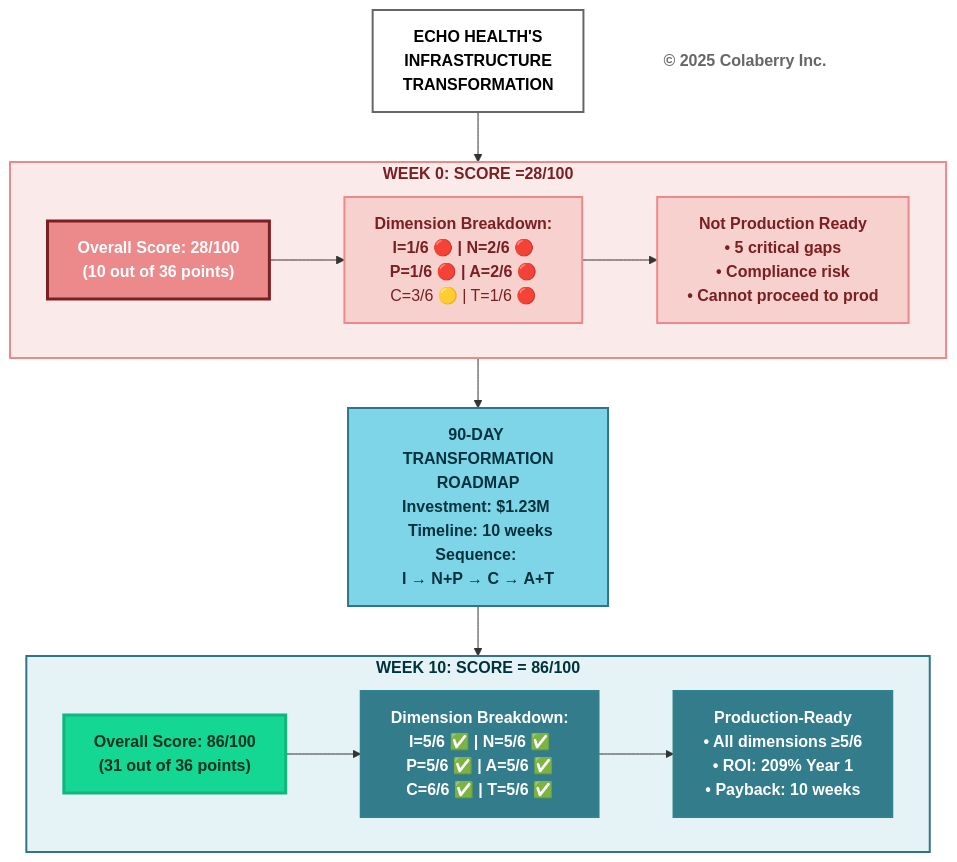
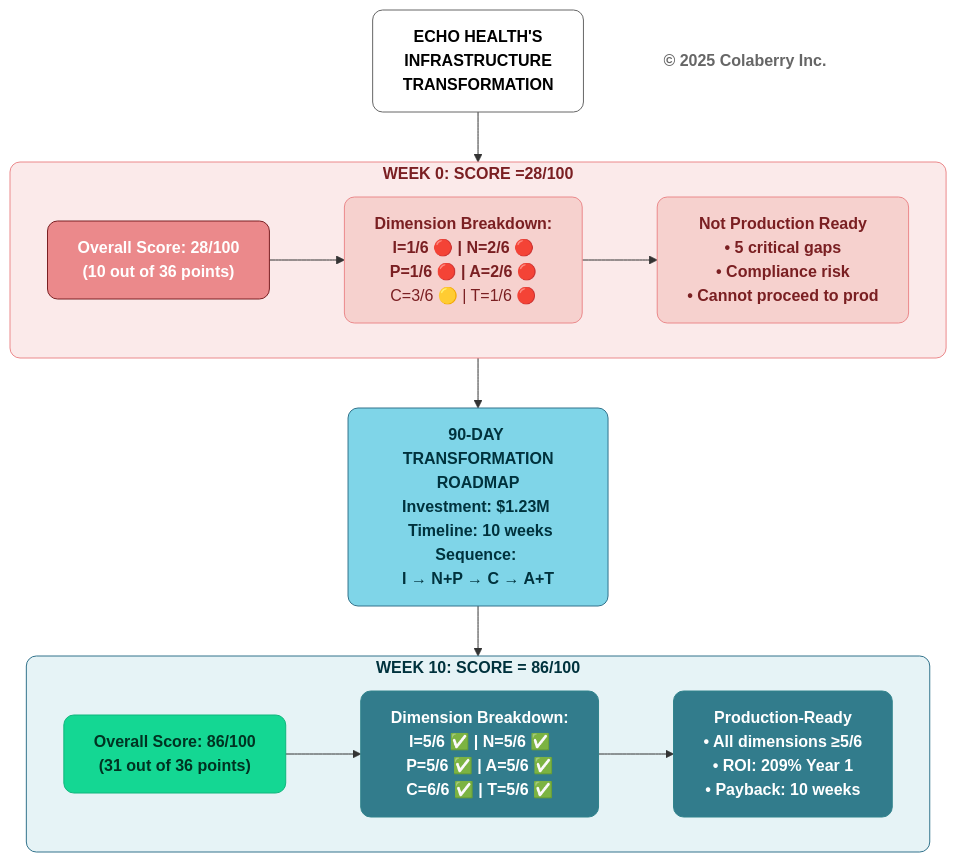
One commit to colaberry/trust-before-intelligence-book changed the sixth of 12 diagrams in manuscript/03_chapter_2_inpact_framework.md. Above: the diagram before and after it, drawn with Mermaid. The commit also changed other lines of this file and 12 other files, not shown here.

````diff
--- a/manuscript/03_chapter_2_inpact_framework.md
+++ b/manuscript/03_chapter_2_inpact_framework.md
@@ -361,51 +361,51 @@
 ```mermaid
 graph TB
     TITLE["<b>ECHO HEALTH'S<br/>INFRASTRUCTURE<br/>TRANSFORMATION</b>"]
     
     TITLE --> BEFORE
     
     subgraph BEFORE["<b>WEEK 0: SCORE =28/100</b>"]
         B_SCORE["<b>Overall Score: 28/100</b><br/><b>(10 out of 36 points)</b>"]
         
         B_DIMS["<b>Dimension Breakdown:</b><br/><b>I=1/6 🔴 | N=2/6 🔴 </b><br/><b>P=1/6 🔴 | A=2/6 🔴</b><br/> C=3/6 🟡 | T=1/6 🔴</b>"]
         
         B_STATUS["<b>Not Production Ready</b><br/><b>• 5 critical gaps </b><br/><b>• Compliance risk</b><br/><b>• Cannot proceed to prod</b>"]
         
         B_SCORE --> B_DIMS
         B_DIMS --> B_STATUS
     end
     
     BEFORE --> TRANSFORM["<b>90-DAY TRANSFORMATION<br/>ROADMAP</b><br/><b>Investment: $1.23M </b><br/><b> Timeline: 10 weeks</b><br/><b>Sequence: </b><br/><b>I → N+P → C → A+T</b>"]
     
     TRANSFORM --> AFTER
     
     subgraph AFTER["<b>WEEK 10: SCORE = 86/100</b>"]
         A_SCORE["<b>Overall Score: 86/100</b><br/><b>(31 out of 36 points)</b>"]
         
         A_DIMS["<b>Dimension Breakdown:</b><br/><b>I=5/6 ✅ | N=5/6 ✅ </b><br/><b> P=5/6 ✅ | A=5/6 ✅</b><br/><b>C=6/6 ✅ | T=5/6 ✅</b>"]
         
 A_STATUS["<b>Production-Ready</b><br/><b>• All dimensions ≥5/6 </b><br/><b>• ROI: 209% Year 1 </b><br/><b>• Payback: 10 weeks</b>"]
         
         A_SCORE --> A_DIMS
         A_DIMS --> A_STATUS
     end
     
     COPYRIGHT["<b>© 2025 Colaberry Inc.</b>"]
 
-    style TITLE fill:#ffffff,stroke:#666666,stroke-width:2px,color:#000000
+    style TITLE fill:#ffffff,stroke:#666666,stroke-width:1px,color:#000000,rx:10,ry:10
 
     %% BEFORE — Problems / Failures (Coral)
-    style BEFORE fill:#FBEAEA,stroke:#EB898B,stroke-width:2px,color:#7A1F22
-    style B_SCORE fill:#EB898B,color:#ffffff,stroke:#7A1F22,stroke-width:3px
-    style B_DIMS fill:#F6D1CE,stroke:#EB898B,stroke-width:2px,color:#7A1F22
-    style B_STATUS fill:#F6D1CE,stroke:#EB898B,stroke-width:2px,color:#7A1F22
+    style BEFORE fill:#FBEAEA,stroke:#EB898B,stroke-width:1px,color:#7A1F22,rx:10,ry:10
+    style B_SCORE fill:#EB898B,color:#ffffff,stroke:#7A1F22,stroke-width:1px,rx:10,ry:10
+    style B_DIMS fill:#F6D1CE,stroke:#EB898B,stroke-width:1px,color:#7A1F22,rx:10,ry:10
+    style B_STATUS fill:#F6D1CE,stroke:#EB898B,stroke-width:1px,color:#7A1F22,rx:10,ry:10
 
-    style TRANSFORM fill:#7FD5E8,stroke:#32738C,stroke-width:2px,color:#00323D
+    style TRANSFORM fill:#7FD5E8,stroke:#32738C,stroke-width:1px,color:#00323D,rx:10,ry:10
 
-    style AFTER fill:#E6F3F6,stroke:#32738C,stroke-width:2px,color:#00323D
-    style A_SCORE fill:#14D793,color:#003322,stroke:#0FB67D,stroke-width:3px
-    style A_DIMS fill:#327C8C,stroke:#30838C,stroke-width:2px,color:#ffffff
-    style A_STATUS fill:#327C8C,stroke:#30838C,stroke-width:2px,color:#ffffff
+    style AFTER fill:#E6F3F6,stroke:#32738C,stroke-width:1px,color:#00323D,rx:10,ry:10
+    style A_SCORE fill:#14D793,color:#003322,stroke:#0FB67D,stroke-width:1px,rx:10,ry:10
+    style A_DIMS fill:#327C8C,stroke:#30838C,stroke-width:1px,color:#ffffff,rx:10,ry:10
+    style A_STATUS fill:#327C8C,stroke:#30838C,stroke-width:1px,color:#ffffff,rx:10,ry:10
 
-    style COPYRIGHT fill:#ffffff,stroke:none,color:#666666
+    style COPYRIGHT fill:none,stroke:none,color:#666666
 ```
````
